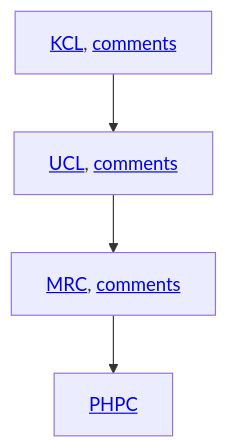
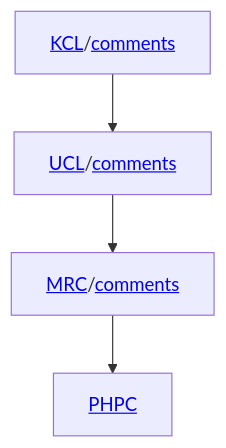
The second of 2 diagrams in docs/work.md (jinghuazhao/jinghuazhao.githubio.io), drawn with Mermaid before and after one commit.

````diff
--- a/docs/work.md
+++ b/docs/work.md
@@ -101,8 +101,8 @@
 ```mermaid
 graph TD
-KCL[<a href="https://jinghuazhao.github.io/kcllinks.html">KCL</a>, <a href="https://jinghuazhao.github.io/iop/comments.txt">comments</a>]
-UCL[<a href="https://jinghuazhao.github.io/ucllinks.html">UCL</a>, <a href="https://jinghuazhao.github.io/ucl/comments.txt">comments</a>]
-MRC[<a href="https://jinghuazhao.github.io/mrclinks.html">MRC</a>, <a href="https://jinghuazhao.github.io/mrc/comments.txt">comments</a>]
+KCL[<a href="https://jinghuazhao.github.io/kcllinks.html">KCL</a>/<a href="https://jinghuazhao.github.io/iop/comments.txt">comments</a>]
+UCL[<a href="https://jinghuazhao.github.io/ucllinks.html">UCL</a>/<a href="https://jinghuazhao.github.io/ucl/comments.txt">comments</a>]
+MRC[<a href="https://jinghuazhao.github.io/mrclinks.html">MRC</a>/<a href="https://jinghuazhao.github.io/mrc/comments.txt">comments</a>]
 PHPC[<a href="https://jinghuazhao.github.io/phpclinks.html">PHPC</a>]
 KCL --> UCL --> MRC --> PHPC
 ```
````
